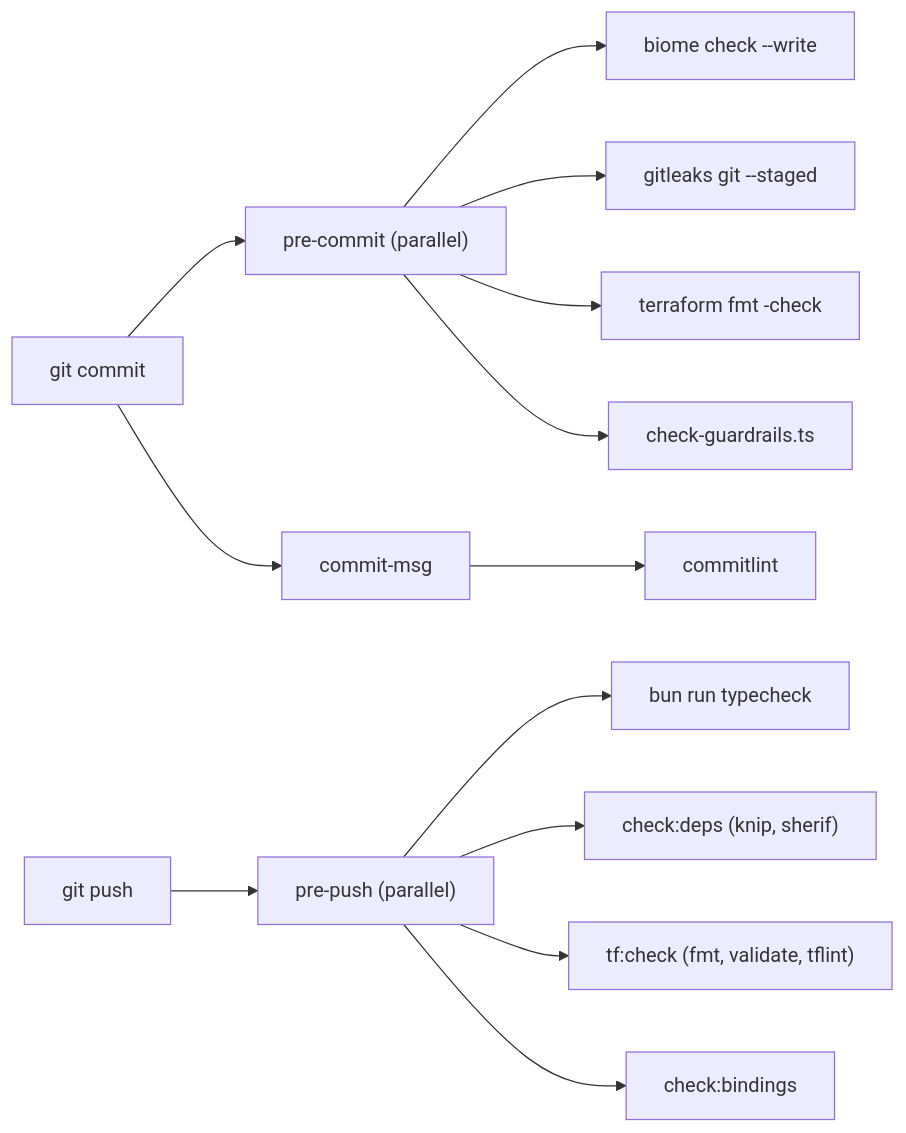
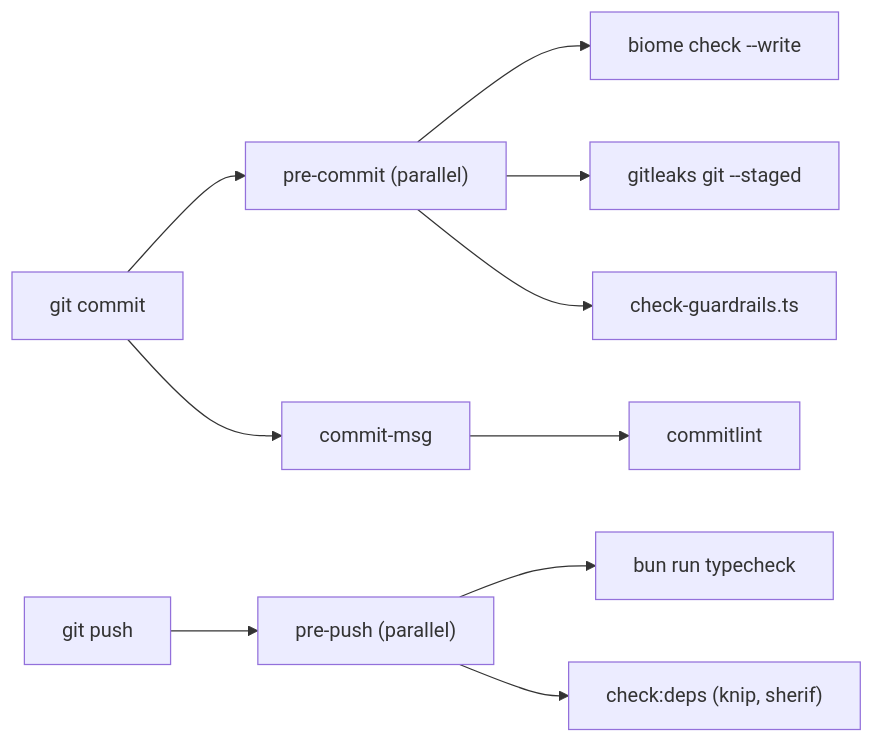
Before and after one commit to nsudhanva/rhumbatron: the diagram in docs/adr/0001-repository-tooling.md, drawn with Mermaid. The commit also changed other lines of this file and 322 other files, not shown here.

````diff
--- a/docs/adr/0001-repository-tooling.md
+++ b/docs/adr/0001-repository-tooling.md
@@ -45,14 +42,11 @@
 ```mermaid
 flowchart LR
   commit["git commit"] --> pre["pre-commit (parallel)"]
   pre --> biome["biome check --write"]
   pre --> leaks["gitleaks git --staged"]
-  pre --> tffmt["terraform fmt -check"]
   pre --> guard["check-guardrails.ts"]
   commit --> msg["commit-msg"] --> cl["commitlint"]
   push["git push"] --> prepush["pre-push (parallel)"]
   prepush --> tc["bun run typecheck"]
   prepush --> deps["check:deps (knip, sherif)"]
-  prepush --> tfc["tf:check (fmt, validate, tflint)"]
-  prepush --> bind["check:bindings"]
 ```
````
